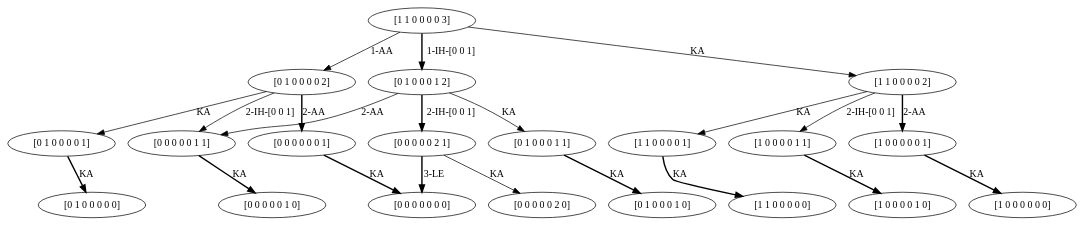
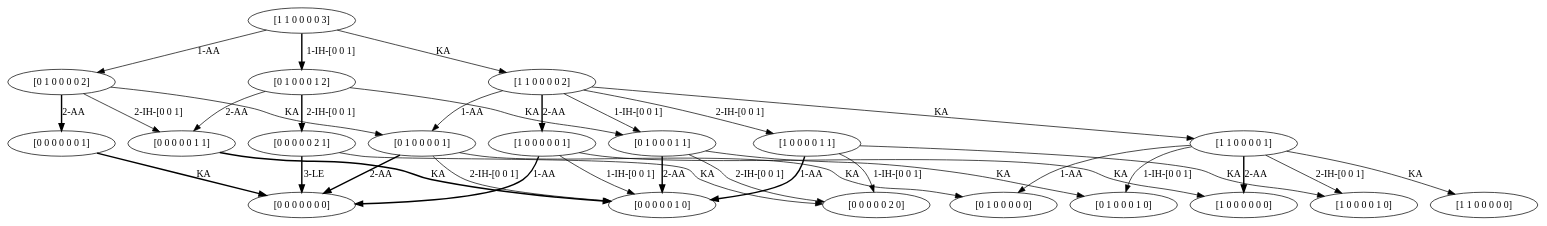
The diagram in 5. Transformation/test.dot (rb4k/DP-RM-with-storage), drawn with Graphviz before and after one commit. The commit also changed 18 other files, not shown here.

```diff
--- a/5. Transformation/test.dot
+++ b/5. Transformation/test.dot
@@ -9,22 +9,50 @@
 		label="[0 1 0 0 0 0 1]",
 		stock="[0 0 0]",
 		time=1,
-		value=0.0];
+		value=60.0];
 	33 -> 32 [key=0,
 	goal="[0 1 0 0 0 0 0]",
 	label=KA,
 	modus=KA,
-	not_best_politic=False,
+	not_best_politic=True,
 	revenue=0,
-	style=bold,
 	time=1,
 	weight=0.0,
 	weight_goal=0.0];
+44 [capacity="[0 0 0]",
+	label="[0 0 0 0 0 0 0]",
+	stock="[0 0 0]",
+	time=0,
+	value=0.0];
+33 -> 44 [key=2,
+goal="[0 0 0 0 0 0 0]",
+label="2-AA",
+modus=AA,
+not_best_politic=False,
+revenue=200,
+style=bold,
+time=1,
+weight=200.0,
+weight_goal=0.0];
+40 [capacity="[0 0 0]",
+label="[0 0 0 0 0 1 0]",
+stock="[0 0 1]",
+time=0,
+value=0.0];
+33 -> 40 [key=2,
+goal="[0 0 0 0 0 1 0]",
+label="2-IH-[0 0 1]",
+modus="IH[0 0 1]",
+not_best_politic=True,
+revenue=0,
+time=1,
+weight=0.0,
+weight_goal=0.0];
 34 [capacity="[0 1 0]",
-	label="[0 1 0 0 0 0 2]",
-	stock="[0 0 0]",
-	time=2,
-	value=180.0];
+label="[0 1 0 0 0 0 2]",
+stock="[0 0 0]",
+time=2,
+value=116.0];
 34 -> 33 [key=0,
 goal="[0 1 0 0 0 0 1]",
 label=KA,
@@ -33,7 +61,7 @@
 revenue=0,
 time=2,
 weight=0.0,
-weight_goal=0.0];
+weight_goal=60.0];
 45 [capacity="[0 0 0]",
 label="[0 0 0 0 0 0 1]",
 stock="[0 0 0]",
@@ -47,7 +75,7 @@
 revenue=200,
 style=bold,
 time=2,
-weight=200.0,
+weight=140.0,
 weight_goal=0.0];
 41 [capacity="[0 0 0]",
 label="[0 0 0 0 0 1 1]",
@@ -61,7 +89,7 @@
 not_best_politic=True,
 revenue=0,
 time=2,
-weight=0.0,
+weight=-60.0,
 weight_goal=0.0];
 36 [capacity="[0 0 0]",
 label="[0 0 0 0 0 2 0]",
@@ -72,7 +100,7 @@
 label="[0 0 0 0 0 2 1]",
 stock="[0 0 2]",
 time=1,
-value=4500.0];
+value=1500.0];
 37 -> 36 [key=0,
 goal="[0 0 0 0 0 2 0]",
 label=KA,
@@ -82,11 +110,6 @@
 time=1,
 weight=0.0,
 weight_goal=0.0];
-44 [capacity="[0 0 0]",
-label="[0 0 0 0 0 0 0]",
-stock="[0 0 0]",
-time=0,
-value=0.0];
 37 -> 44 [key=3,
 goal="[0 0 0 0 0 0 0]",
 label="3-LE",
@@ -106,14 +129,65 @@
 label="[1 1 0 0 0 0 1]",
 stock="[0 0 0]",
 time=1,
-value=0.0];
+value=90.0];
+9 -> 32 [key=1,
+goal="[0 1 0 0 0 0 0]",
+label="1-AA",
+modus=AA,
+not_best_politic=True,
+revenue=100,
+time=1,
+weight=100.0,
+weight_goal=0.0];
 9 -> 8 [key=0,
 goal="[1 1 0 0 0 0 0]",
 label=KA,
 modus=KA,
+not_best_politic=True,
+revenue=0,
+time=1,
+weight=0.0,
+weight_goal=0.0];
+16 [capacity="[1 0 0]",
+label="[1 0 0 0 0 1 0]",
+stock="[0 0 1]",
+time=0,
+value=0.0];
+9 -> 16 [key=2,
+goal="[1 0 0 0 0 1 0]",
+label="2-IH-[0 0 1]",
+modus="IH[0 0 1]",
+not_best_politic=True,
+revenue=0,
+time=1,
+weight=0.0,
+weight_goal=0.0];
+20 [capacity="[1 0 0]",
+label="[1 0 0 0 0 0 0]",
+stock="[0 0 0]",
+time=0,
+value=0.0];
+9 -> 20 [key=2,
+goal="[1 0 0 0 0 0 0]",
+label="2-AA",
+modus=AA,
 not_best_politic=False,
+revenue=200,
+style=bold,
+time=1,
+weight=200.0,
+weight_goal=0.0];
+28 [capacity="[0 1 0]",
+label="[0 1 0 0 0 1 0]",
+stock="[0 0 1]",
+time=0,
+value=0.0];
+9 -> 28 [key=1,
+goal="[0 1 0 0 0 1 0]",
+label="1-IH-[0 0 1]",
+modus="IH[0 0 1]",
+not_best_politic=True,
 revenue=0,
-style=bold,
 time=1,
 weight=0.0,
 weight_goal=0.0];
@@ -121,7 +195,16 @@
 label="[1 1 0 0 0 0 2]",
 stock="[0 0 0]",
 time=2,
-value=180.0];
+value=174.0];
+10 -> 33 [key=1,
+goal="[0 1 0 0 0 0 1]",
+label="1-AA",
+modus=AA,
+not_best_politic=True,
+revenue=100,
+time=2,
+weight=70.0,
+weight_goal=60.0];
 10 -> 9 [key=0,
 goal="[1 1 0 0 0 0 1]",
 label=KA,
@@ -130,12 +213,12 @@
 revenue=0,
 time=2,
 weight=0.0,
-weight_goal=0.0];
+weight_goal=90.0];
 17 [capacity="[1 0 0]",
 label="[1 0 0 0 0 1 1]",
 stock="[0 0 1]",
 time=1,
-value=0.0];
+value=30.0];
 10 -> 17 [key=2,
 goal="[1 0 0 0 0 1 1]",
 label="2-IH-[0 0 1]",
@@ -143,13 +226,13 @@
 not_best_politic=True,
 revenue=0,
 time=2,
-weight=0.0,
-weight_goal=0.0];
+weight=-60.0,
+weight_goal=30.0];
 21 [capacity="[1 0 0]",
 label="[1 0 0 0 0 0 1]",
 stock="[0 0 0]",
 time=1,
-value=0.0];
+value=30.0];
 10 -> 21 [key=2,
 goal="[1 0 0 0 0 0 1]",
 label="2-AA",
@@ -158,13 +241,27 @@
 revenue=200,
 style=bold,
 time=2,
-weight=200.0,
-weight_goal=0.0];
+weight=140.0,
+weight_goal=30.0];
+29 [capacity="[0 1 0]",
+label="[0 1 0 0 0 1 1]",
+stock="[0 0 1]",
+time=1,
+value=60.0];
+10 -> 29 [key=1,
+goal="[0 1 0 0 0 1 1]",
+label="1-IH-[0 0 1]",
+modus="IH[0 0 1]",
+not_best_politic=True,
+revenue=0,
+time=2,
+weight=-30.0,
+weight_goal=60.0];
 11 [capacity="[1 1 0]",
 label="[1 1 0 0 0 0 3]",
 stock="[0 0 0]",
 time=3,
-value=3914.0];
+value=678.062];
 11 -> 34 [key=1,
 goal="[0 1 0 0 0 0 2]",
 label="1-AA",
@@ -172,8 +269,8 @@
 not_best_politic=True,
 revenue=100,
 time=3,
-weight=100.0,
-weight_goal=180.0];
+weight=42.0,
+weight_goal=116.0];
 11 -> 10 [key=0,
 goal="[1 1 0 0 0 0 2]",
 label=KA,
@@ -182,12 +279,12 @@
 revenue=0,
 time=3,
 weight=0.0,
-weight_goal=180.0];
+weight_goal=174.0];
 30 [capacity="[0 1 0]",
 label="[0 1 0 0 0 1 2]",
 stock="[0 0 1]",
 time=2,
-value=4230.0];
+value=692.0];
 11 -> 30 [key=1,
 goal="[0 1 0 0 0 1 2]",
 label="1-IH-[0 0 1]",
@@ -196,8 +293,8 @@
 revenue=0,
 style=bold,
 time=3,
-weight=4050.0,
-weight_goal=4230.0];
+weight=518.0,
+weight_goal=692.0];
 45 -> 44 [key=0,
 goal="[0 0 0 0 0 0 0]",
 label=KA,
@@ -208,41 +305,62 @@
 time=1,
 weight=0.0,
 weight_goal=0.0];
-16 [capacity="[1 0 0]",
-label="[1 0 0 0 0 1 0]",
-stock="[0 0 1]",
-time=0,
-value=0.0];
+17 -> 36 [key=1,
+goal="[0 0 0 0 0 2 0]",
+label="1-IH-[0 0 1]",
+modus="IH[0 0 1]",
+not_best_politic=True,
+revenue=0,
+time=1,
+weight=0.0,
+weight_goal=0.0];
 17 -> 16 [key=0,
 goal="[1 0 0 0 0 1 0]",
 label=KA,
 modus=KA,
-not_best_politic=False,
+not_best_politic=True,
 revenue=0,
-style=bold,
 time=1,
 weight=0.0,
 weight_goal=0.0];
-20 [capacity="[1 0 0]",
-label="[1 0 0 0 0 0 0]",
-stock="[0 0 0]",
-time=0,
-value=0.0];
+17 -> 40 [key=1,
+goal="[0 0 0 0 0 1 0]",
+label="1-AA",
+modus=AA,
+not_best_politic=False,
+revenue=100,
+style=bold,
+time=1,
+weight=100.0,
+weight_goal=0.0];
+21 -> 44 [key=1,
+goal="[0 0 0 0 0 0 0]",
+label="1-AA",
+modus=AA,
+not_best_politic=False,
+revenue=100,
+style=bold,
+time=1,
+weight=100.0,
+weight_goal=0.0];
 21 -> 20 [key=0,
 goal="[1 0 0 0 0 0 0]",
 label=KA,
 modus=KA,
-not_best_politic=False,
+not_best_politic=True,
 revenue=0,
-style=bold,
 time=1,
 weight=0.0,
 weight_goal=0.0];
-40 [capacity="[0 0 0]",
-label="[0 0 0 0 0 1 0]",
-stock="[0 0 1]",
-time=0,
-value=0.0];
+21 -> 40 [key=1,
+goal="[0 0 0 0 0 1 0]",
+label="1-IH-[0 0 1]",
+modus="IH[0 0 1]",
+not_best_politic=True,
+revenue=0,
+time=1,
+weight=0.0,
+weight_goal=0.0];
 41 -> 40 [key=0,
 goal="[0 0 0 0 0 1 0]",
 label=KA,
@@ -253,23 +371,31 @@
 time=1,
 weight=0.0,
 weight_goal=0.0];
-28 [capacity="[0 1 0]",
-label="[0 1 0 0 0 1 0]",
-stock="[0 0 1]",
-time=0,
-value=0.0];
-29 [capacity="[0 1 0]",
-label="[0 1 0 0 0 1 1]",
-stock="[0 0 1]",
+29 -> 36 [key=2,
+goal="[0 0 0 0 0 2 0]",
+label="2-IH-[0 0 1]",
+modus="IH[0 0 1]",
+not_best_politic=True,
+revenue=0,
 time=1,
-value=0.0];
+weight=0.0,
+weight_goal=0.0];
+29 -> 40 [key=2,
+goal="[0 0 0 0 0 1 0]",
+label="2-AA",
+modus=AA,
+not_best_politic=False,
+revenue=200,
+style=bold,
+time=1,
+weight=200.0,
+weight_goal=0.0];
 29 -> 28 [key=0,
 goal="[0 1 0 0 0 1 0]",
 label=KA,
 modus=KA,
-not_best_politic=False,
+not_best_politic=True,
 revenue=0,
-style=bold,
 time=1,
 weight=0.0,
 weight_goal=0.0];
@@ -281,8 +407,8 @@
 revenue=0,
 style=bold,
 time=2,
-weight=4500.0,
-weight_goal=4500.0];
+weight=1440.0,
+weight_goal=1500.0];
 30 -> 41 [key=2,
 goal="[0 0 0 0 0 1 1]",
 label="2-AA",
@@ -290,7 +416,7 @@
 not_best_politic=True,
 revenue=200,
 time=2,
-weight=200.0,
+weight=140.0,
 weight_goal=0.0];
 30 -> 29 [key=0,
 goal="[0 1 0 0 0 1 1]",
@@ -300,5 +426,5 @@
 revenue=0,
 time=2,
 weight=0.0,
-weight_goal=0.0];
+weight_goal=60.0];
 }
```
